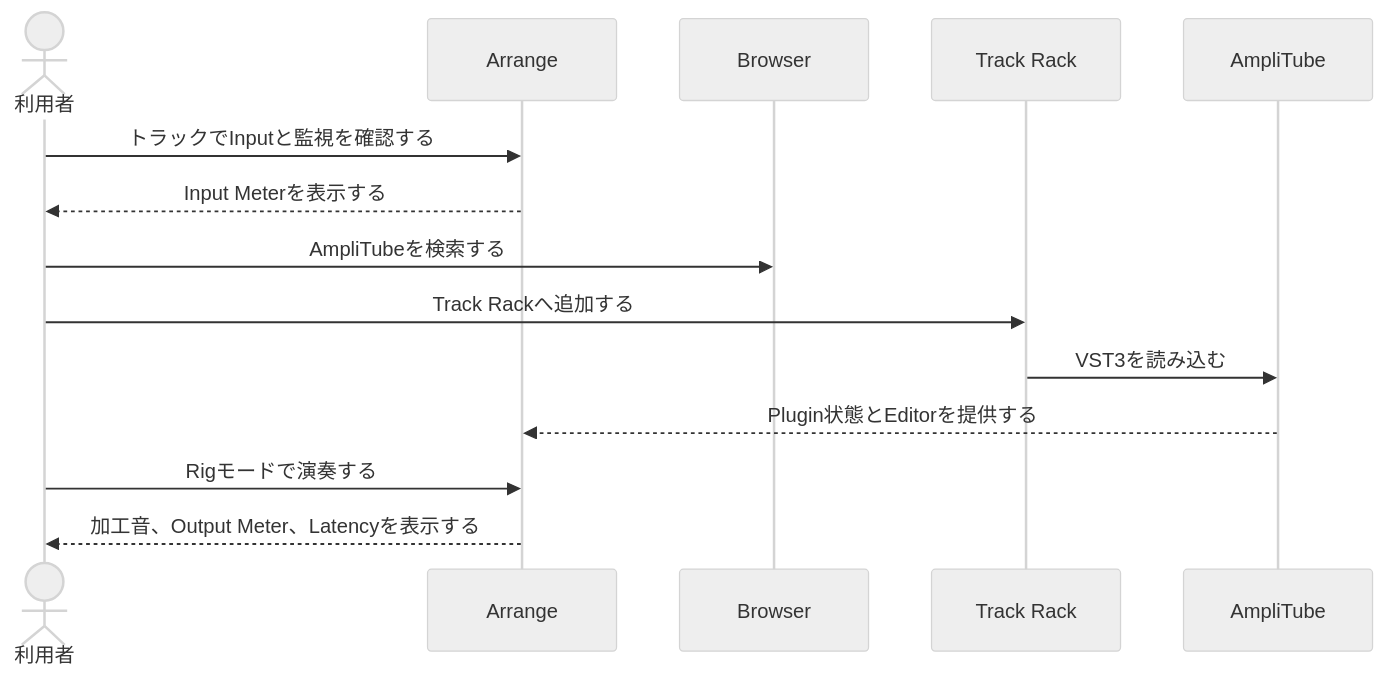
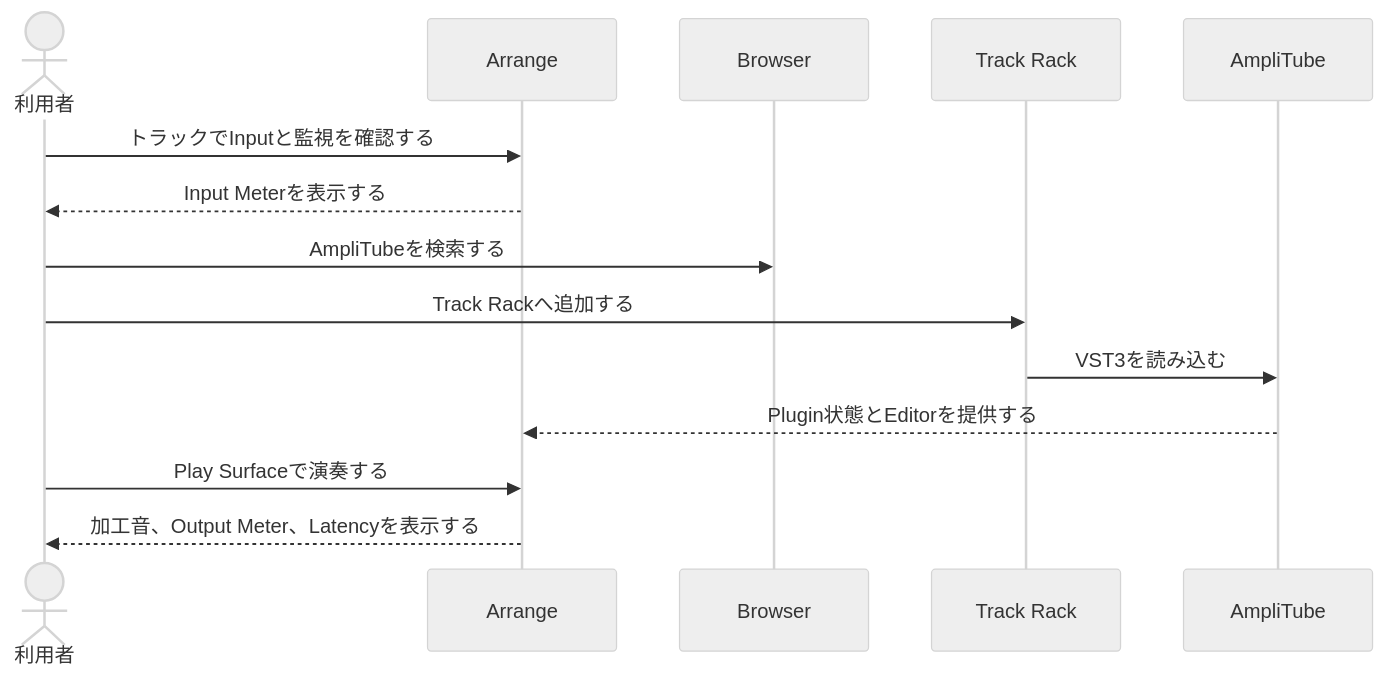
The sixth of 11 diagrams in docs/ui-ux-design/ui-ux-design.md (endo-ly/riffra), drawn with Mermaid (neutral theme) before and after one commit. The commit also changed other lines of this file and 50 other files, not shown here.

````diff
--- a/docs/ui-ux-design/ui-ux-design.md
+++ b/docs/ui-ux-design/ui-ux-design.md
@@ -473,16 +463,16 @@
 ```mermaid
 sequenceDiagram
     actor U as 利用者
     participant A as Arrange
     participant B as Browser
     participant R as Track Rack
     participant V as AmpliTube
     U->>A: トラックでInputと監視を確認する
     A-->>U: Input Meterを表示する
     U->>B: AmpliTubeを検索する
     U->>R: Track Rackへ追加する
     R->>V: VST3を読み込む
     V-->>A: Plugin状態とEditorを提供する
-    U->>A: Rigモードで演奏する
+    U->>A: Play Surfaceで演奏する
     A-->>U: 加工音、Output Meter、Latencyを表示する
 ```
````
